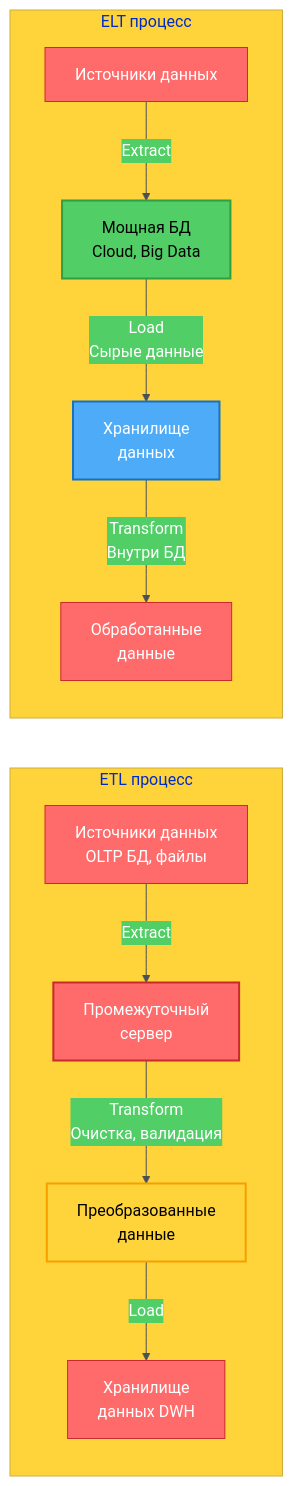
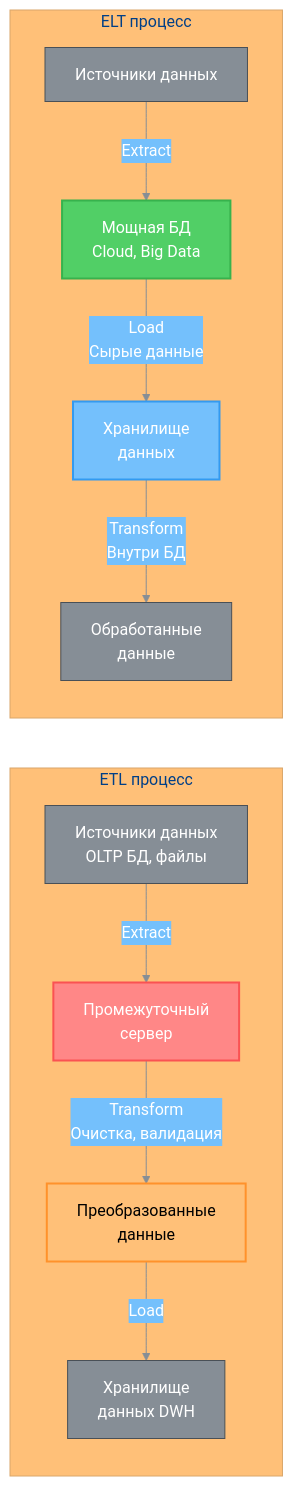
Before and after one commit to alx314vo/db_exam: the sixth of 23 diagrams in db_exam.md, drawn with Mermaid. The commit also changed other lines of this file, not shown here.

````diff
--- a/db_exam.md
+++ b/db_exam.md
@@ -371,20 +371,20 @@
 ```mermaid
-%%{init: {'theme':'base', 'themeVariables': {'primaryColor':'#ff6b6b','primaryTextColor':'#fff','primaryBorderColor':'#c92a2a','lineColor':'#495057','secondaryColor':'#51cf66','tertiaryColor':'#ffd43b'}}}%%
+%%{init: {'theme':'base', 'themeVariables': {'primaryColor':'#868e96','primaryTextColor':'#fff','primaryBorderColor':'#495057','lineColor':'#868e96','secondaryColor':'#74c0fc','tertiaryColor':'#ffc078','background':'#ffffff','textColor':'#212529'}}}%%
 graph LR
     subgraph "ETL процесс"
         A1[Источники данных<br/>OLTP БД, файлы] -->|Extract| B1[Промежуточный<br/>сервер]
         B1 -->|Transform<br/>Очистка, валидация| C1[Преобразованные<br/>данные]
         C1 -->|Load| D1[Хранилище<br/>данных DWH]
     end
     
     subgraph "ELT процесс"
         A2[Источники данных] -->|Extract| B2[Мощная БД<br/>Cloud, Big Data]
         B2 -->|Load<br/>Сырые данные| C2[Хранилище<br/>данных]
         C2 -->|Transform<br/>Внутри БД| D2[Обработанные<br/>данные]
     end
     
-    style B1 fill:#ff6b6b,stroke:#c92a2a,stroke-width:2px,color:#fff
-    style C1 fill:#ffd43b,stroke:#f59f00,stroke-width:2px,color:#000
-    style B2 fill:#51cf66,stroke:#2f9e44,stroke-width:2px,color:#000
-    style C2 fill:#4dabf7,stroke:#1971c2,stroke-width:2px,color:#fff
+    style B1 fill:#ff8787,stroke:#fa5252,stroke-width:2px,color:#fff
+    style C1 fill:#ffc078,stroke:#ff922b,stroke-width:2px,color:#000
+    style B2 fill:#51cf66,stroke:#37b24d,stroke-width:2px,color:#fff
+    style C2 fill:#74c0fc,stroke:#339af0,stroke-width:2px,color:#fff
 ```
````
